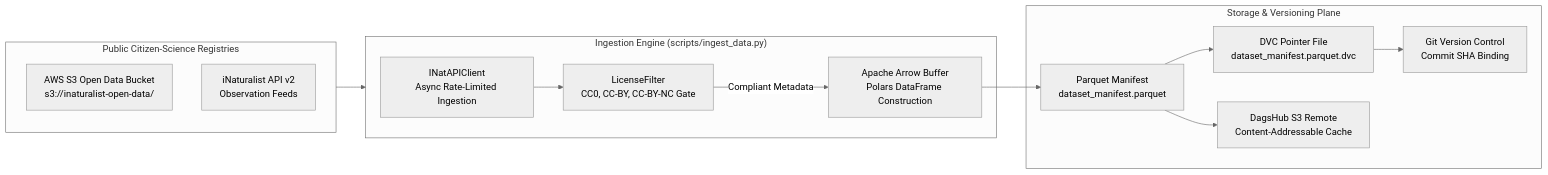
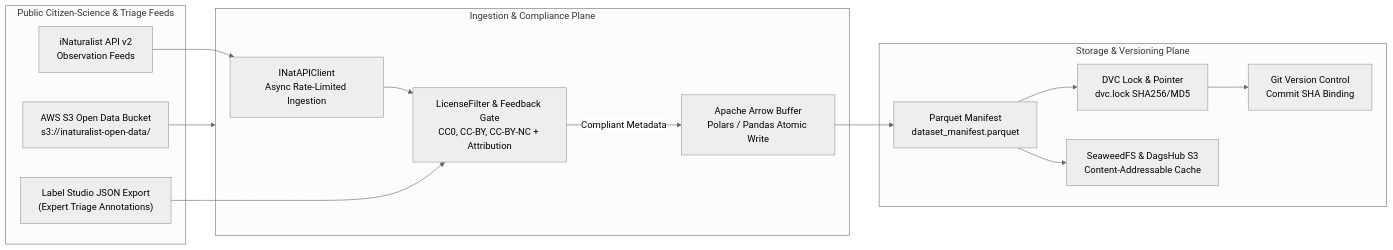
The diagram in docs/mlops_pipeline/ingestion_and_versioning.md (foersben/taxon-vision-mlops), drawn with Mermaid (neutral theme) before and after one commit. The commit also changed other lines of this file and 26 other files, not shown here.

````diff
--- a/docs/mlops_pipeline/ingestion_and_versioning.md
+++ b/docs/mlops_pipeline/ingestion_and_versioning.md
@@ -23,21 +25,24 @@
 ```mermaid
 flowchart LR
-    subgraph Sources["Public Citizen-Science Registries"]
+    subgraph Sources["Public Citizen-Science & Triage Feeds"]
         S1["AWS S3 Open Data Bucket<br/>s3://inaturalist-open-data/"]
         S2["iNaturalist API v2<br/>Observation Feeds"]
+        S3["Label Studio JSON Export<br/>(Expert Triage Annotations)"]
     end
 
-    subgraph Ingestion["Ingestion Engine (scripts/ingest_data.py)"]
-        I1["INatAPIClient<br/>Async Rate-Limited Ingestion"] --> I2["LicenseFilter<br/>CC0, CC-BY, CC-BY-NC Gate"]
-        I2 -->|Compliant Metadata| I3["Apache Arrow Buffer<br/>Polars DataFrame Construction"]
+    subgraph Ingestion["Ingestion & Compliance Plane"]
+        I1["INatAPIClient<br/>Async Rate-Limited Ingestion"] --> I2["LicenseFilter & Feedback Gate<br/>CC0, CC-BY, CC-BY-NC + Attribution"]
+        S3 --> I2
+        I2 -->|Compliant Metadata| I3["Apache Arrow Buffer<br/>Polars / Pandas Atomic Write"]
     end
 
     subgraph Storage["Storage & Versioning Plane"]
         I3 --> P1["Parquet Manifest<br/>dataset_manifest.parquet"]
-        P1 --> D1["DVC Pointer File<br/>dataset_manifest.parquet.dvc"]
+        P1 --> D1["DVC Lock & Pointer<br/>dvc.lock SHA256/MD5"]
         D1 --> G1["Git Version Control<br/>Commit SHA Binding"]
-        P1 --> D2["DagsHub S3 Remote<br/>Content-Addressable Cache"]
+        P1 --> D2["SeaweedFS & DagsHub S3<br/>Content-Addressable Cache"]
     end
 
-    Sources --> Ingestion
+    S1 --> Ingestion
+    S2 --> I1
 ```
````
